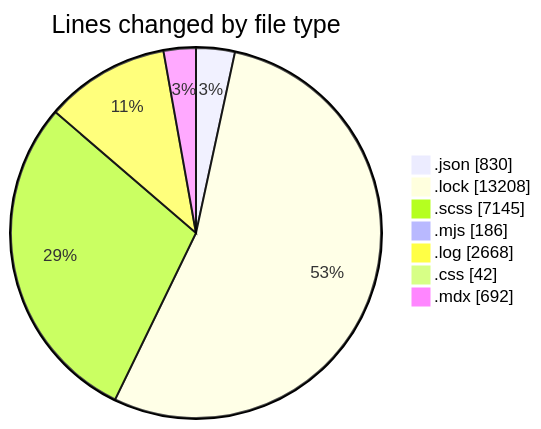
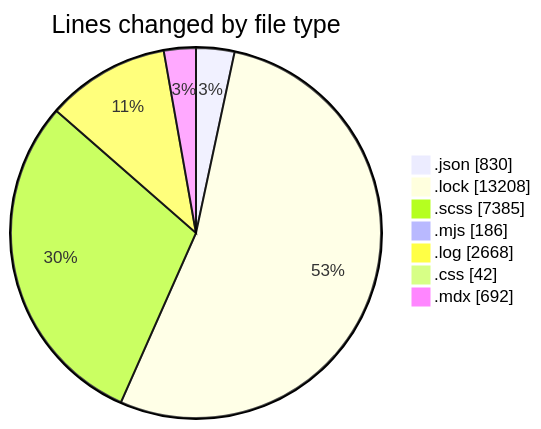
One commit to momahboobian/code-tracking changed the first of 2 diagrams in 2026-01-26/cda/README.md. Above: the diagram before and after it, drawn with Mermaid. The commit also changed other lines of this file and 1 other file, not shown here.

````diff
--- a/2026-01-26/cda/README.md
+++ b/2026-01-26/cda/README.md
@@ -44,11 +44,11 @@
 ```mermaid
 pie showData
 title Lines changed by file type
 ".json" : 830
 ".lock" : 13208
-".scss" : 7145
+".scss" : 7385
 ".mjs" : 186
 ".log" : 2668
 ".css" : 42
 ".mdx" : 692
 ```
````
